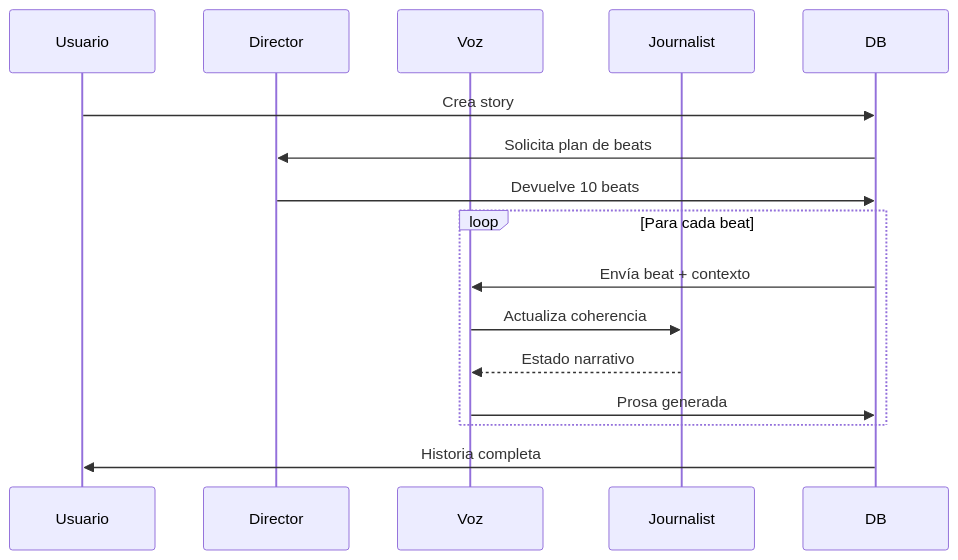
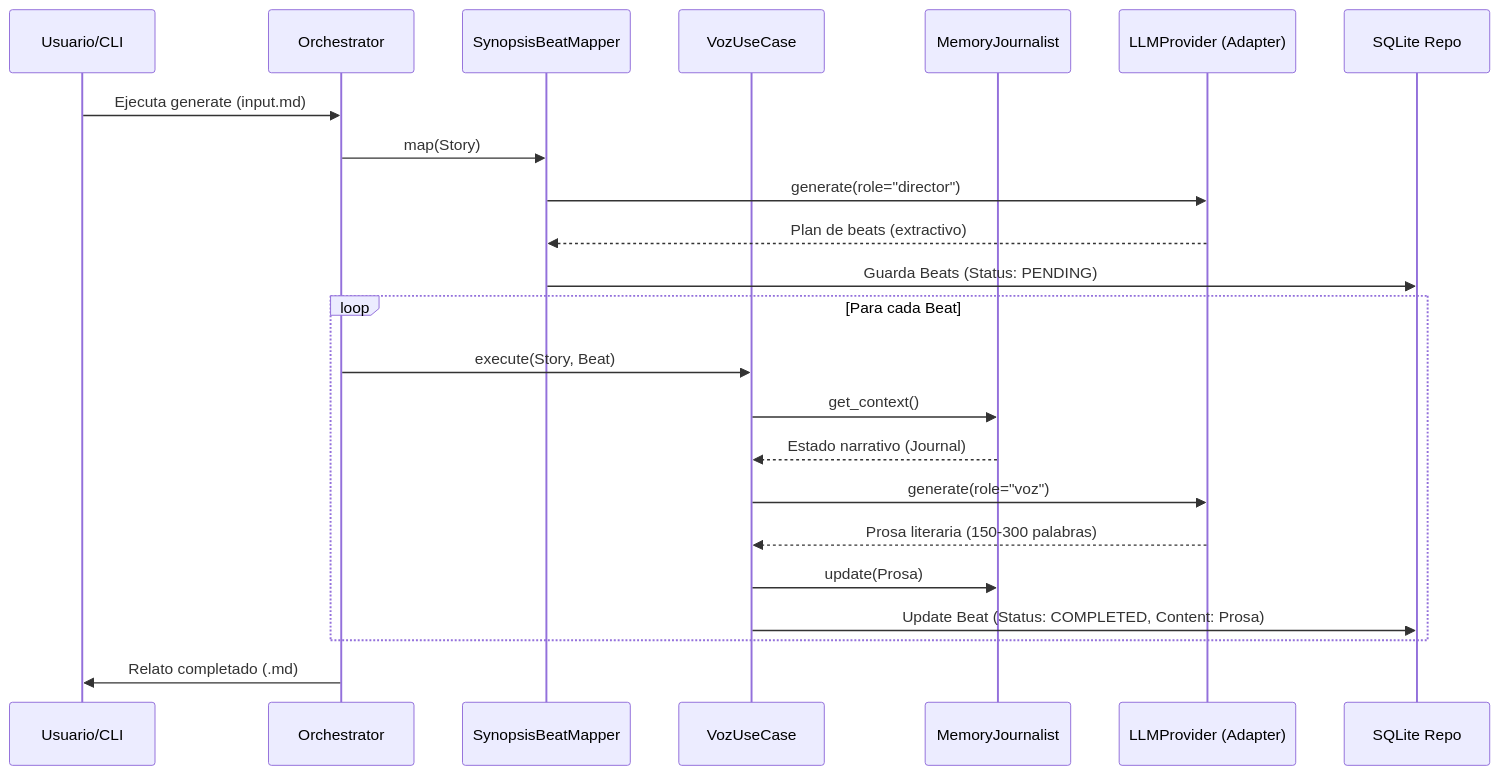
Before and after one commit to rledesma912/automated_narrative: the first of 3 diagrams in README.md, drawn with Mermaid. The commit also changed other lines of this file and 40 other files, not shown here.

````diff
--- a/README.md
+++ b/README.md
@@ -99,21 +16,28 @@
 ```mermaid
 sequenceDiagram
-    participant U as Usuario
-    participant D as Director
-    participant V as Voz
-    participant J as Journalist
-    participant DB as DB
+    participant U as Usuario/CLI
+    participant O as Orchestrator
+    participant M as SynopsisBeatMapper
+    participant V as VozUseCase
+    participant J as MemoryJournalist
+    participant L as LLMProvider (Adapter)
+    participant DB as SQLite Repo
 
-    U->>DB: Crea story
-    DB->>D: Solicita plan de beats
-    D->>DB: Devuelve 10 beats
+    U->>O: Ejecuta generate (input.md)
+    O->>M: map(Story)
+    M->>L: generate(role="director")
+    L-->>M: Plan de beats (extractivo)
+    M->>DB: Guarda Beats (Status: PENDING)
     
-    loop Para cada beat
-        DB->>V: Envía beat + contexto
-        V->>J: Actualiza coherencia
-        J-->>V: Estado narrativo
-        V->>DB: Prosa generada
+    loop Para cada Beat
+        O->>V: execute(Story, Beat)
+        V->>J: get_context()
+        J-->>V: Estado narrativo (Journal)
+        V->>L: generate(role="voz")
+        L-->>V: Prosa literaria (150-300 palabras)
+        V->>J: update(Prosa)
+        V->>DB: Update Beat (Status: COMPLETED, Content: Prosa)
     end
     
-    DB->>U: Historia completa
+    O->>U: Relato completado (.md)
 ```
````
